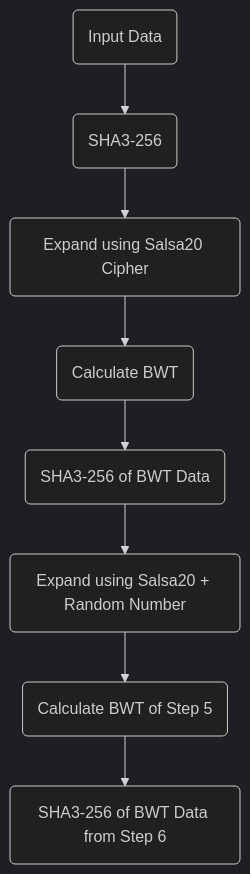
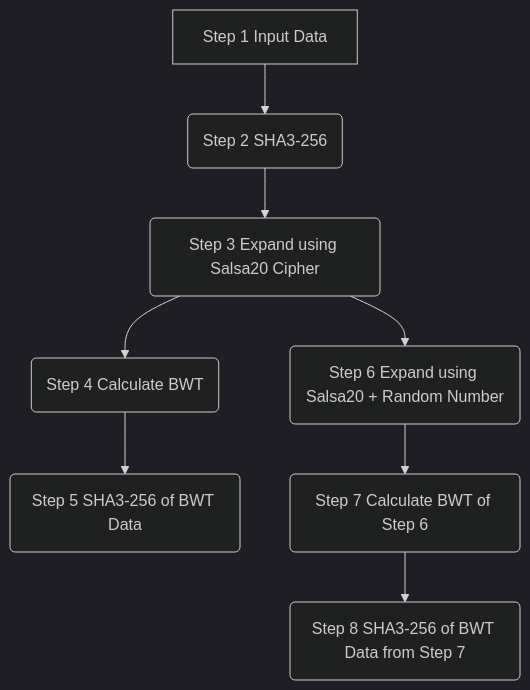
Before and after one commit to DHEBP/dhebp: the diagram in pages/dvm/astroBWT.mdx, drawn with Mermaid (dark theme). The commit also changed other lines of this file and 9 other files, not shown here.

Commit message:
various chart additions

````diff
--- a/pages/dvm/astroBWT.mdx
+++ b/pages/dvm/astroBWT.mdx
@@ -39,20 +41,11 @@
 ```mermaid
 graph TD;
+    InputData[Step 1 Input Data] --> SHA3(Step 2 SHA3-256)
+    SHA3 --> ExpandSalsa20(Step 3 Expand using Salsa20 Cipher)
+    ExpandSalsa20 --> CalculateBWT(Step 4 Calculate BWT)
+    CalculateBWT --> SHA3BWT(Step 5 SHA3-256 of BWT Data)
+    ExpandSalsa20 --> ExpandSalsa20Rnd(Step 6 Expand using Salsa20 + Random Number)
+    ExpandSalsa20Rnd --> CalculateBWTStep6(Step 7 Calculate BWT of Step 6)
+    CalculateBWTStep6 --> SHA3BWTStep7(Step 8 SHA3-256 of BWT Data from Step 7)
 
-inputData(Input Data)
-calcSHA3(SHA3-256)
-expandSalsa20(Expand using Salsa20 Cipher)
-calculateBWT(Calculate BWT)
-calcSHA3BWT(SHA3-256 of BWT Data)
-expandSalsa20Random(Expand using Salsa20 + Random Number)
-calculateBWTStep6(Calculate BWT of Step 5)
-calcSHA3BWTStep6(SHA3-256 of BWT Data from Step 6)
-
-inputData --> calcSHA3
-calcSHA3 --> expandSalsa20
-expandSalsa20 --> calculateBWT
-calculateBWT --> calcSHA3BWT
-calcSHA3BWT --> expandSalsa20Random
-expandSalsa20Random --> calculateBWTStep6
-calculateBWTStep6 --> calcSHA3BWTStep6
 ```
````
